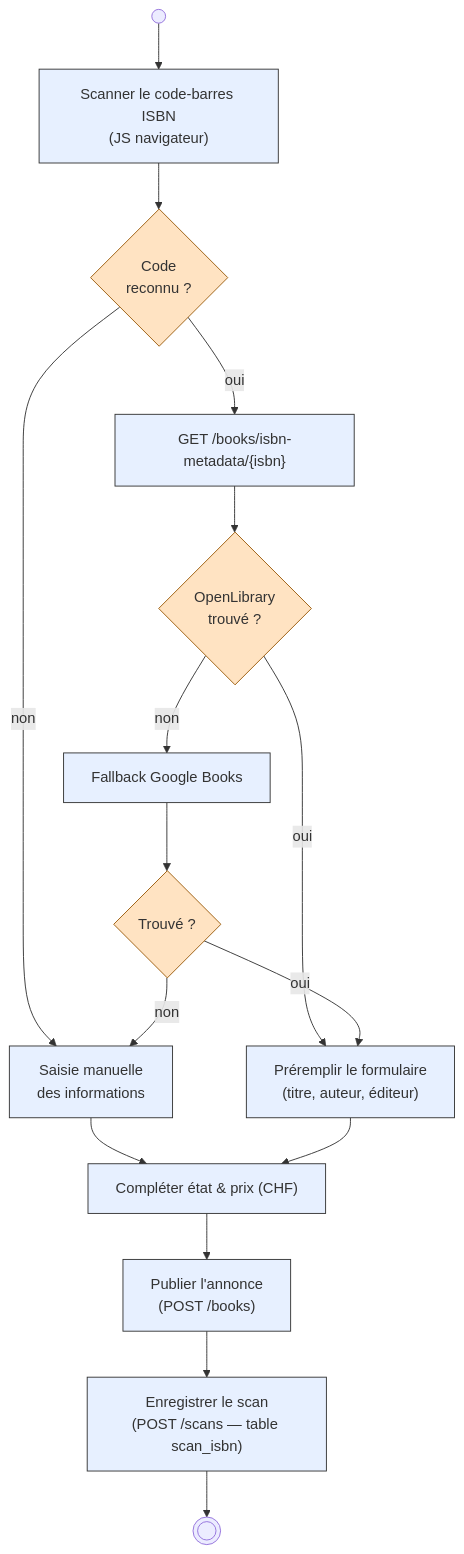
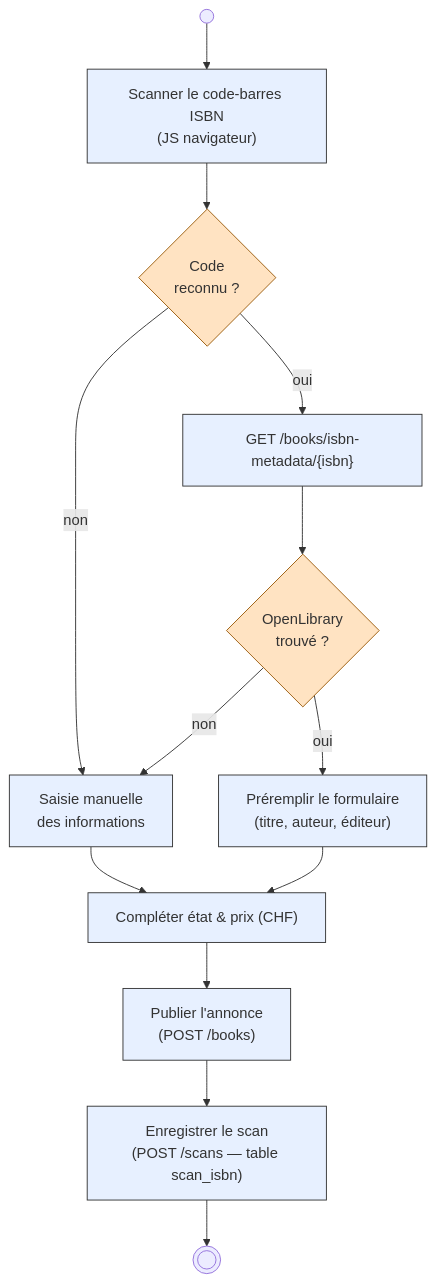
Before and after one commit to Visualstudiocodetest/caribooks: the diagram in diagrams/activites_isbn.mmd, drawn with Mermaid. The commit also changed 27 other files, not shown here.

```diff
--- a/diagrams/activites_isbn.mmd
+++ b/diagrams/activites_isbn.mmd
@@ -1,22 +1,19 @@
 %% Diagramme d'activités — Flux d'ajout d'un livre via scan ISBN
 flowchart TD
     start((" ")) --> a1["Scanner le code-barres ISBN<br/>(JS navigateur)"]
     a1 --> d1{"Code<br/>reconnu ?"}
     d1 -->|non| a3["Saisie manuelle<br/>des informations"]
     d1 -->|oui| a2["GET /books/isbn-metadata/{isbn}"]
     a2 --> d2{"OpenLibrary<br/>trouvé ?"}
     d2 -->|oui| a4["Préremplir le formulaire<br/>(titre, auteur, éditeur)"]
-    d2 -->|non| a2b["Fallback Google Books"]
-    a2b --> d3{"Trouvé ?"}
-    d3 -->|oui| a4
-    d3 -->|non| a3
+    d2 -->|non| a3
     a3 --> a5["Compléter état &amp; prix (CHF)"]
     a4 --> a5
     a5 --> a6["Publier l'annonce<br/>(POST /books)"]
     a6 --> a7["Enregistrer le scan<br/>(POST /scans — table scan_isbn)"]
     a7 --> done(((" ")))
 
     classDef act fill:#e7f0ff,stroke:#333;
     classDef dec fill:#ffe3c2,stroke:#9a5b0a;
-    class a1,a2,a2b,a3,a4,a5,a6,a7 act;
-    class d1,d2,d3 dec;
+    class a1,a2,a3,a4,a5,a6,a7 act;
+    class d1,d2 dec;
```
